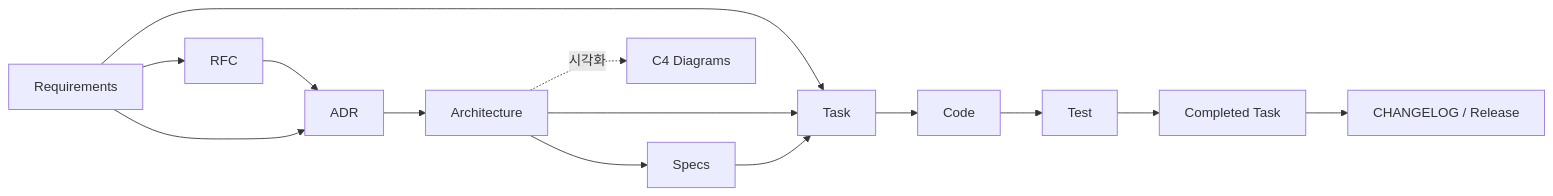
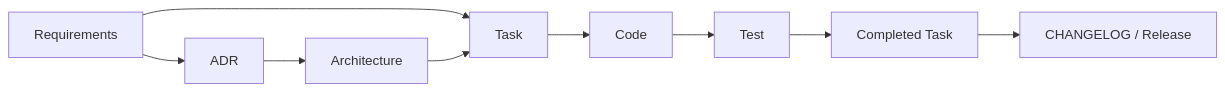
One commit to 9imyong/LocalForge changed the diagram in docs/README.md. Above: the diagram before and after it, drawn with Mermaid. The commit also changed other lines of this file and 41 other files, not shown here.

````diff
--- a/docs/README.md
+++ b/docs/README.md
@@ -59,16 +53,11 @@
 ```mermaid
 flowchart LR
-    요구사항[Requirements] --> 제안[RFC]
-    제안 --> 결정[ADR]
-    요구사항 --> 결정
+    요구사항[Requirements] --> 결정[ADR]
     결정 --> 구조[Architecture]
-    구조 --> 명세[Specs]
     요구사항 --> 작업[Task]
     구조 --> 작업
-    명세 --> 작업
     작업 --> 코드[Code]
     코드 --> 테스트[Test]
     테스트 --> 완료[Completed Task]
     완료 --> 릴리스[CHANGELOG / Release]
-    구조 -. 시각화 .-> C4[C4 Diagrams]
 ```
````
